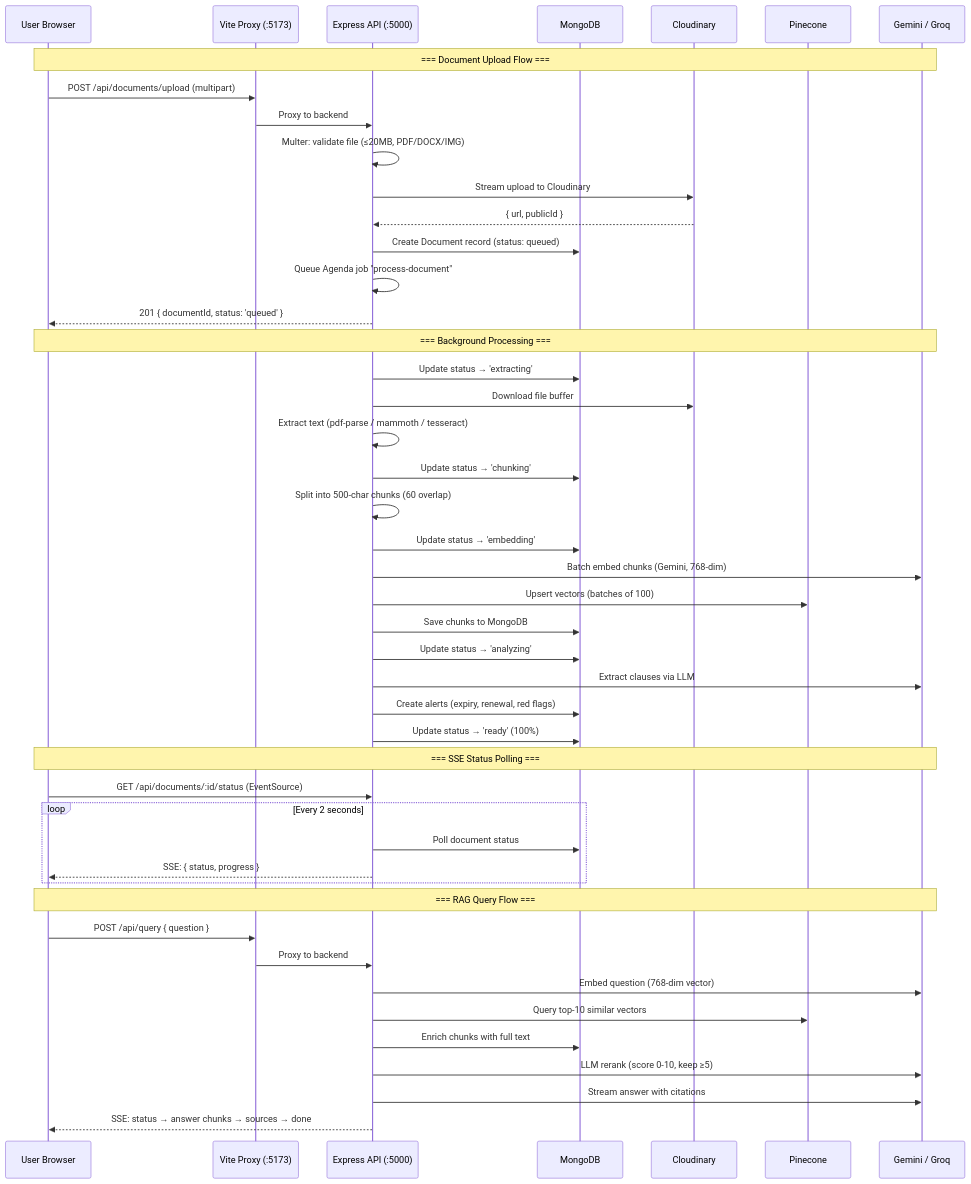
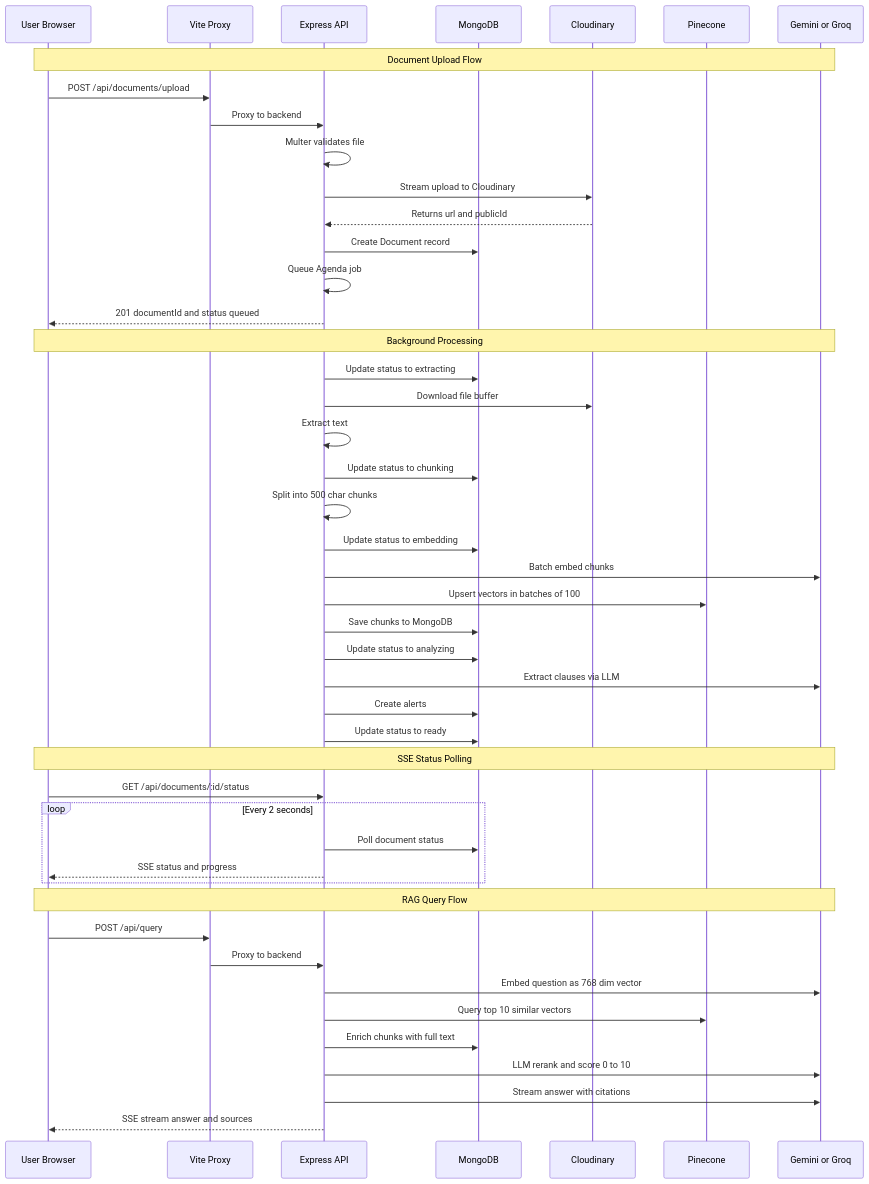
One commit to AniketB26/What-I-Signed changed the second of 9 diagrams in README.md. Above: the diagram before and after it, drawn with Mermaid. The commit also changed other lines of this file, not shown here.

Commit message:
docs: rewrite all mermaid diagrams with GitHub-safe syntax

````diff
--- a/README.md
+++ b/README.md
@@ -150,52 +150,52 @@
 ```mermaid
 sequenceDiagram
     participant U as User Browser
-    participant V as Vite Proxy (:5173)
-    participant E as Express API (:5000)
+    participant V as Vite Proxy
+    participant E as Express API
     participant M as MongoDB
     participant C as Cloudinary
     participant P as Pinecone
-    participant G as Gemini / Groq
+    participant G as Gemini or Groq
 
-    Note over U,G: === Document Upload Flow ===
-    U->>V: POST /api/documents/upload (multipart)
+    Note over U,G: Document Upload Flow
+    U->>V: POST /api/documents/upload
     V->>E: Proxy to backend
-    E->>E: Multer: validate file (≤20MB, PDF/DOCX/IMG)
+    E->>E: Multer validates file
     E->>C: Stream upload to Cloudinary
-    C-->>E: { url, publicId }
-    E->>M: Create Document record (status: queued)
-    E->>E: Queue Agenda job "process-document"
-    E-->>U: 201 { documentId, status: 'queued' }
+    C-->>E: Returns url and publicId
+    E->>M: Create Document record
+    E->>E: Queue Agenda job
+    E-->>U: 201 documentId and status queued
 
-    Note over U,G: === Background Processing ===
-    E->>M: Update status → 'extracting'
+    Note over U,G: Background Processing
+    E->>M: Update status to extracting
     E->>C: Download file buffer
-    E->>E: Extract text (pdf-parse / mammoth / tesseract)
-    E->>M: Update status → 'chunking'
-    E->>E: Split into 500-char chunks (60 overlap)
-    E->>M: Update status → 'embedding'
-    E->>G: Batch embed chunks (Gemini, 768-dim)
-    E->>P: Upsert vectors (batches of 100)
+    E->>E: Extract text
+    E->>M: Update status to chunking
+    E->>E: Split into 500 char chunks
+    E->>M: Update status to embedding
+    E->>G: Batch embed chunks
+    E->>P: Upsert vectors in batches of 100
     E->>M: Save chunks to MongoDB
-    E->>M: Update status → 'analyzing'
+    E->>M: Update status to analyzing
     E->>G: Extract clauses via LLM
-    E->>M: Create alerts (expiry, renewal, red flags)
-    E->>M: Update status → 'ready' (100%)
+    E->>M: Create alerts
+    E->>M: Update status to ready
 
-    Note over U,G: === SSE Status Polling ===
-    U->>E: GET /api/documents/:id/status (EventSource)
+    Note over U,G: SSE Status Polling
+    U->>E: GET /api/documents/:id/status
     loop Every 2 seconds
         E->>M: Poll document status
-        E-->>U: SSE: { status, progress }
+        E-->>U: SSE status and progress
     end
 
-    Note over U,G: === RAG Query Flow ===
-    U->>V: POST /api/query { question }
+    Note over U,G: RAG Query Flow
+    U->>V: POST /api/query
     V->>E: Proxy to backend
-    E->>G: Embed question (768-dim vector)
-    E->>P: Query top-10 similar vectors
+    E->>G: Embed question as 768 dim vector
+    E->>P: Query top 10 similar vectors
     E->>M: Enrich chunks with full text
-    E->>G: LLM rerank (score 0-10, keep ≥5)
+    E->>G: LLM rerank and score 0 to 10
     E->>G: Stream answer with citations
-    E-->>U: SSE: status → answer chunks → sources → done
+    E-->>U: SSE stream answer and sources
 ```
````
